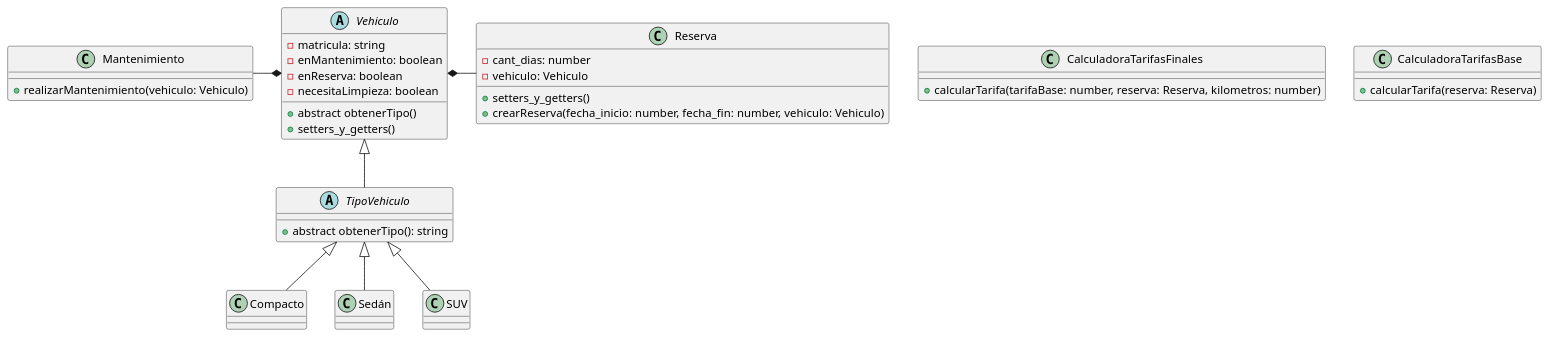
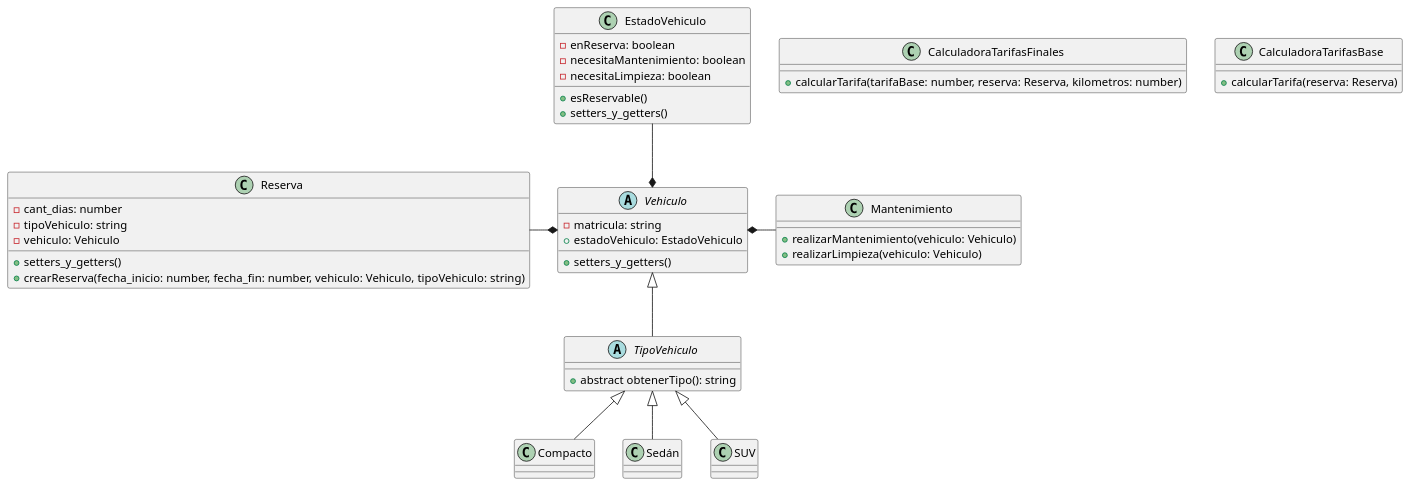
The diagram in diagramas/clases.puml (AlejoSuarez-37/Trabajo-Practico-Grupo16), drawn with PlantUML before and after one commit. The commit also changed 11 other files, not shown here.

```diff
--- a/diagramas/clases.puml
+++ b/diagramas/clases.puml
@@ -1,56 +1,66 @@
 @startuml Diagrama de clases
 
 abstract class Vehiculo {
     - matricula: string
-    - enMantenimiento: boolean
+    + estadoVehiculo: EstadoVehiculo
+    
+    + setters_y_getters()
+}
+
+class EstadoVehiculo {
     - enReserva: boolean
+    - necesitaMantenimiento: boolean
     - necesitaLimpieza: boolean
 
-    + abstract obtenerTipo()
+    + esReservable()
     + setters_y_getters()
 }
 
 class CalculadoraTarifasFinales {
     + calcularTarifa(tarifaBase: number, reserva: Reserva, kilometros: number)
 }
 
 class CalculadoraTarifasBase {
     + calcularTarifa(reserva: Reserva)
 }
 
 class Reserva {
     - cant_dias: number
+    - tipoVehiculo: string
     - vehiculo: Vehiculo
 
     + setters_y_getters()
-    + crearReserva(fecha_inicio: number, fecha_fin: number, vehiculo: Vehiculo)
+    + crearReserva(fecha_inicio: number, fecha_fin: number, vehiculo: Vehiculo, tipoVehiculo: string)
 }
 
 class Mantenimiento {
     + realizarMantenimiento(vehiculo: Vehiculo)
+    + realizarLimpieza(vehiculo: Vehiculo)
 }
 
 abstract class TipoVehiculo {
     + abstract obtenerTipo(): string
 }
 class Compacto {
 
 }
 class Sedán {
 
 }
 class SUV {
 
 }
 
 ' Relaciones
 
-Vehiculo *-l- Mantenimiento
-Vehiculo *-r- Reserva
+Vehiculo *-r- Mantenimiento
+Vehiculo *-l- Reserva
+Vehiculo *-u- EstadoVehiculo
 Vehiculo <|-d- TipoVehiculo
+
 
 TipoVehiculo <|-- Compacto
 TipoVehiculo <|-- Sedán
 TipoVehiculo <|-- SUV
 
 @enduml
```
